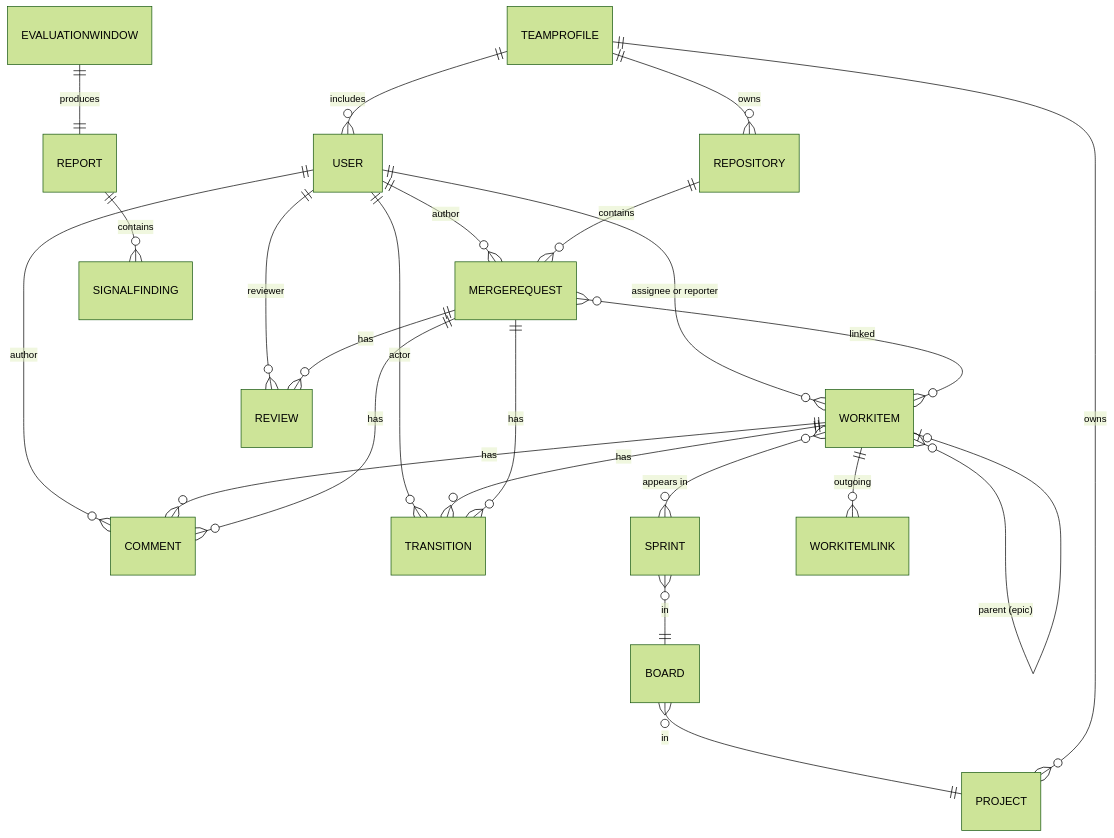
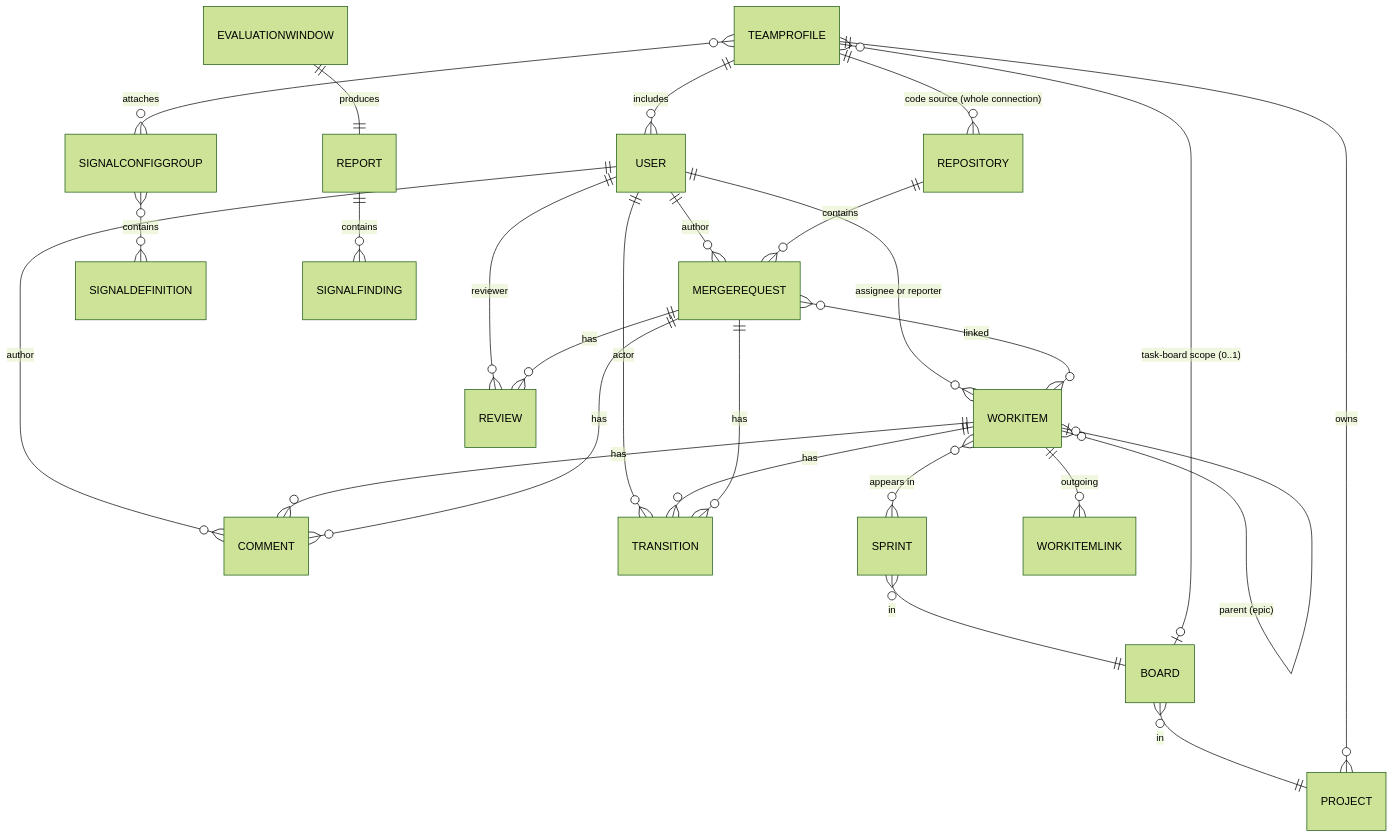
Before and after one commit to serdartas/em-radar: the diagram in docs/05-data-model.md, drawn with Mermaid (forest theme). The commit also changed other lines of this file and 143 other files, not shown here.

First line of the commit message:
M3.4 - Connection & Team Source Model (#164)

````diff
--- a/docs/05-data-model.md
+++ b/docs/05-data-model.md
@@ -30,30 +30,33 @@
 ```mermaid
 erDiagram
     USER ||--o{ WORKITEM : "assignee or reporter"
     USER ||--o{ MERGEREQUEST : "author"
     USER ||--o{ REVIEW : "reviewer"
     USER ||--o{ COMMENT : "author"
     USER ||--o{ TRANSITION : "actor"
 
     WORKITEM ||--o{ COMMENT : "has"
     WORKITEM ||--o{ TRANSITION : "has"
     WORKITEM }o--o{ SPRINT : "appears in"
     WORKITEM }o--o| WORKITEM : "parent (epic)"
     WORKITEM ||--o{ WORKITEMLINK : "outgoing"
 
     SPRINT }o--|| BOARD : "in"
     BOARD }o--|| PROJECT : "in"
 
     REPOSITORY ||--o{ MERGEREQUEST : "contains"
     MERGEREQUEST ||--o{ REVIEW : "has"
     MERGEREQUEST ||--o{ COMMENT : "has"
     MERGEREQUEST ||--o{ TRANSITION : "has"
     MERGEREQUEST }o--o{ WORKITEM : "linked"
 
     TEAMPROFILE ||--o{ PROJECT : "owns"
-    TEAMPROFILE ||--o{ REPOSITORY : "owns"
+    TEAMPROFILE ||--o{ REPOSITORY : "code source (whole connection)"
     TEAMPROFILE ||--o{ USER : "includes"
+    TEAMPROFILE }o--o| BOARD : "task-board scope (0..1)"
+    TEAMPROFILE }o--o{ SIGNALCONFIGGROUP : "attaches"
+    SIGNALCONFIGGROUP }o--o{ SIGNALDEFINITION : "contains"
 
     EVALUATIONWINDOW ||--|| REPORT : "produces"
     REPORT ||--o{ SIGNALFINDING : "contains"
 ```
````
